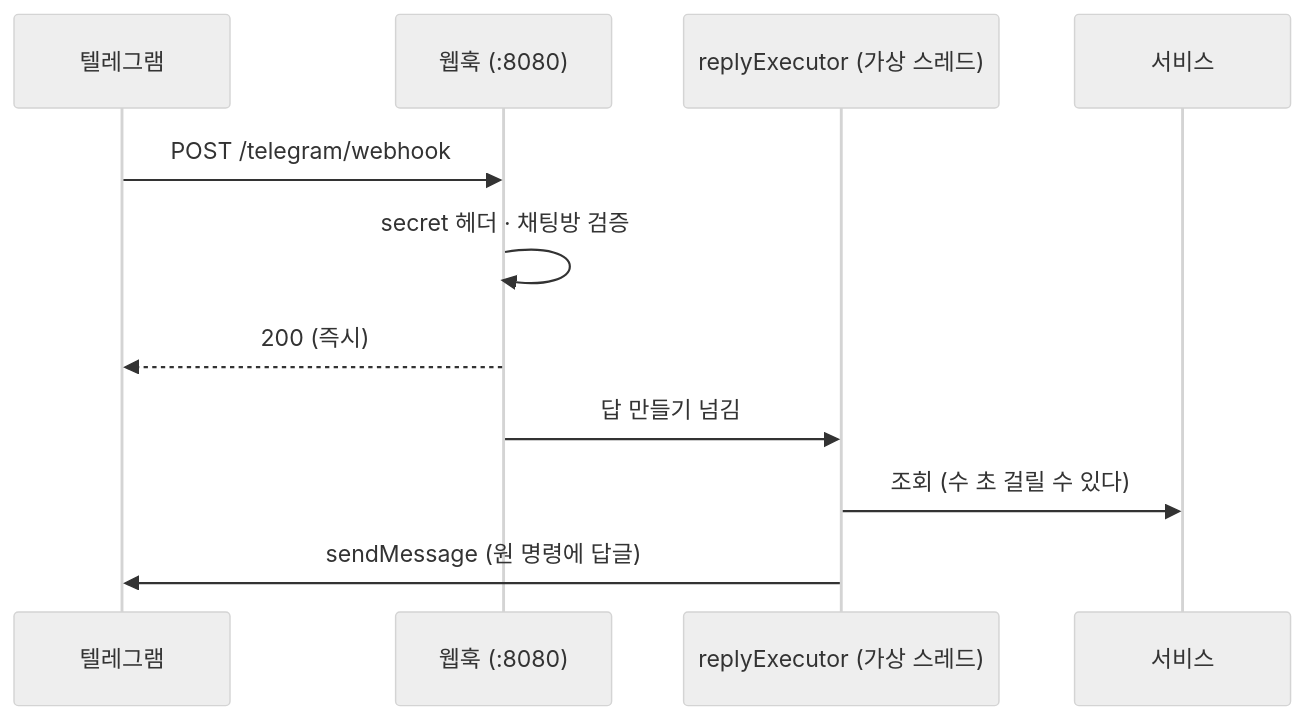
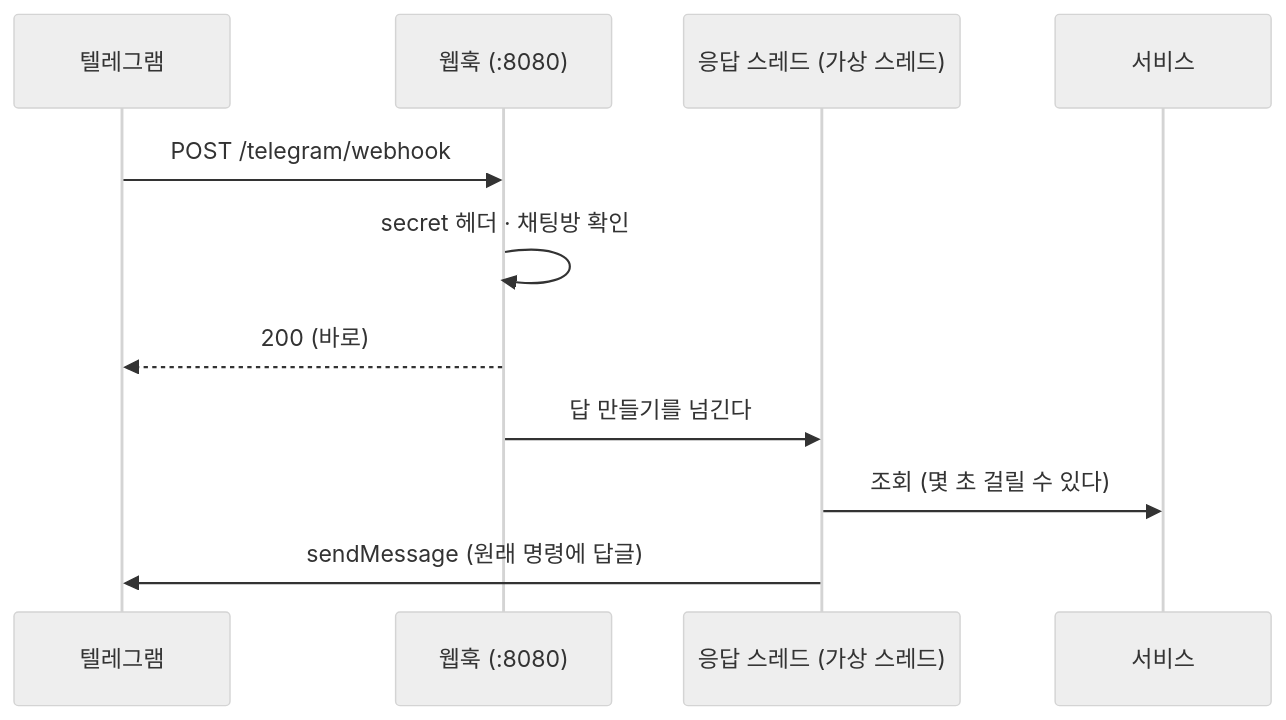
Before and after one commit to zero3402/economy-helper: the fifth of 7 diagrams in docs/design.md, drawn with Mermaid (neutral theme). The commit also changed other lines of this file and 31 other files, not shown here.

````diff
--- a/docs/design.md
+++ b/docs/design.md
@@ -167,13 +244,13 @@
 ```mermaid
 sequenceDiagram
     participant T as 텔레그램
     participant W as 웹훅 (:8080)
-    participant E as replyExecutor (가상 스레드)
+    participant E as 응답 스레드 (가상 스레드)
     participant S as 서비스
     T->>W: POST /telegram/webhook
-    W->>W: secret 헤더 · 채팅방 검증
-    W-->>T: 200 (즉시)
-    W->>E: 답 만들기 넘김
-    E->>S: 조회 (수 초 걸릴 수 있다)
-    E->>T: sendMessage (원 명령에 답글)
+    W->>W: secret 헤더 · 채팅방 확인
+    W-->>T: 200 (바로)
+    W->>E: 답 만들기를 넘긴다
+    E->>S: 조회 (몇 초 걸릴 수 있다)
+    E->>T: sendMessage (원래 명령에 답글)
 ```
````
